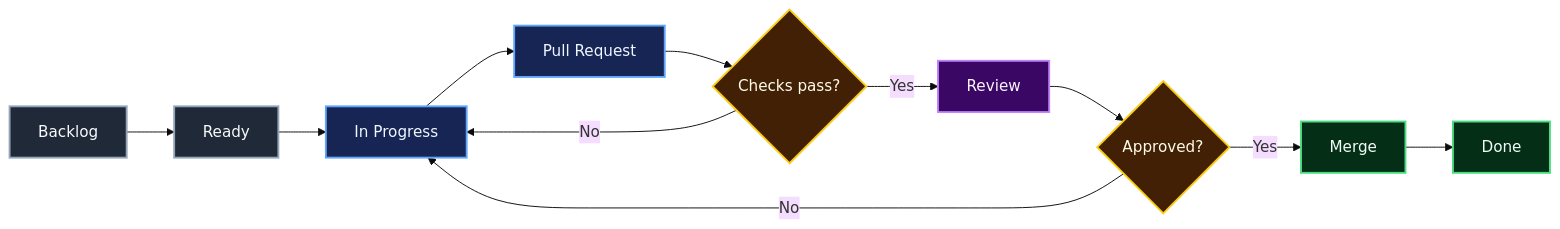
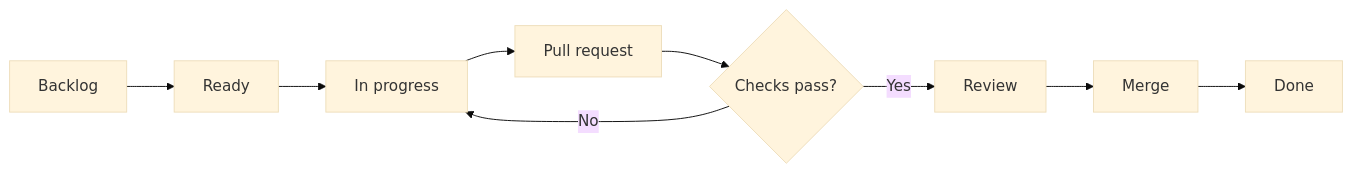
Before and after one commit to alianisreyesr/alianisreyesr: the diagram in docs/GITHUB_PROJECT_STRUCTURE.md, drawn with Mermaid (base theme). The commit also changed other lines of this file and 10 other files, not shown here.

````diff
--- a/docs/GITHUB_PROJECT_STRUCTURE.md
+++ b/docs/GITHUB_PROJECT_STRUCTURE.md
@@ -92,25 +20,7 @@
 ```mermaid
 flowchart LR
-    A["Backlog"] --> B["Ready"]
-    B --> C["In Progress"]
-    C --> D["Pull Request"]
+    A["Backlog"] --> B["Ready"] --> C["In progress"] --> D["Pull request"]
     D --> E{"Checks pass?"}
     E -- "No" --> C
-    E -- "Yes" --> F["Review"]
-    F --> G{"Approved?"}
-    G -- "No" --> C
-    G -- "Yes" --> H["Merge"]
-    H --> I["Done"]
-
-    classDef backlog fill:#1f2937,stroke:#94a3b8,color:#f8fafc,stroke-width:2px;
-    classDef active fill:#172554,stroke:#60a5fa,color:#eff6ff,stroke-width:2px;
-    classDef decision fill:#422006,stroke:#facc15,color:#fefce8,stroke-width:2px;
-    classDef review fill:#3b0764,stroke:#c084fc,color:#faf5ff,stroke-width:2px;
-    classDef done fill:#052e16,stroke:#4ade80,color:#f0fdf4,stroke-width:2px;
-
-    class A,B backlog;
-    class C,D active;
-    class E,G decision;
-    class F review;
-    class H,I done;
+    E -- "Yes" --> F["Review"] --> G["Merge"] --> H["Done"]
 ```
````
